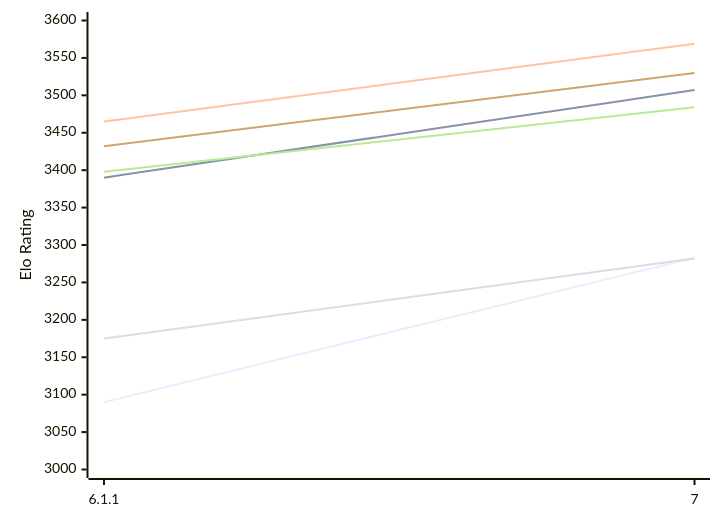
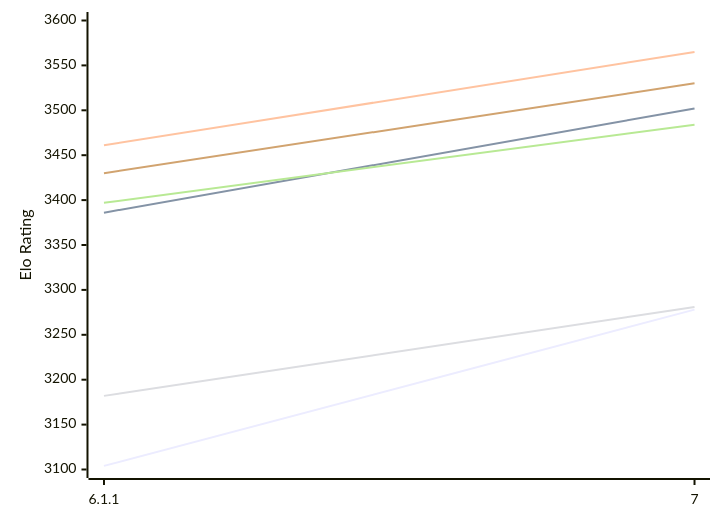
One commit to computer-chess-index/cci changed the first of 2 diagrams in engines/Zangdar.md. Above: the diagram before and after it, drawn with Mermaid. The commit also changed other lines of this file, not shown here.

Commit message:
Update CCI Ratings (ELO VLTC) - 2026-11-26

````diff
--- a/engines/Zangdar.md
+++ b/engines/Zangdar.md
@@ -53,12 +53,12 @@
 ```mermaid
 %%{init: {"theme":"base","themeVariables":{"seriesColors:['#a3a3a3','#222221','#faa371']}}}%%
 xychart-beta
   x-axis ["6.1.1", "7"]
-  y-axis "Elo Rating" 3000 --> 3600
-  line "E1: STC (8.0+0.08s)" [3090, 3283]
-  line "E1: LTC (60.0+0.60s)" [3390, 3507]
-  line "E1: VLTC (2m24s+1.12s)" [3465, 3569]
-  line "P1: STC (8.0+0.08s)" [3175, 3282]
-  line "P1: LTC (60.0+0.60s)" [3398, 3484]
-  line "P1: VLTC (2m24s+1.12s)" [3432, 3530]
+  y-axis "Elo Rating" 3100 --> 3600
+  line "E1: STC (8.0+0.08s)" [3104, 3278]
+  line "E1: LTC (60.0+0.60s)" [3386, 3502]
+  line "E1: VLTC (2m24s+1.12s)" [3461, 3565]
+  line "P1: STC (8.0+0.08s)" [3182, 3281]
+  line "P1: LTC (60.0+0.60s)" [3397, 3484]
+  line "P1: VLTC (2m24s+1.12s)" [3430, 3530]
 ```
````
